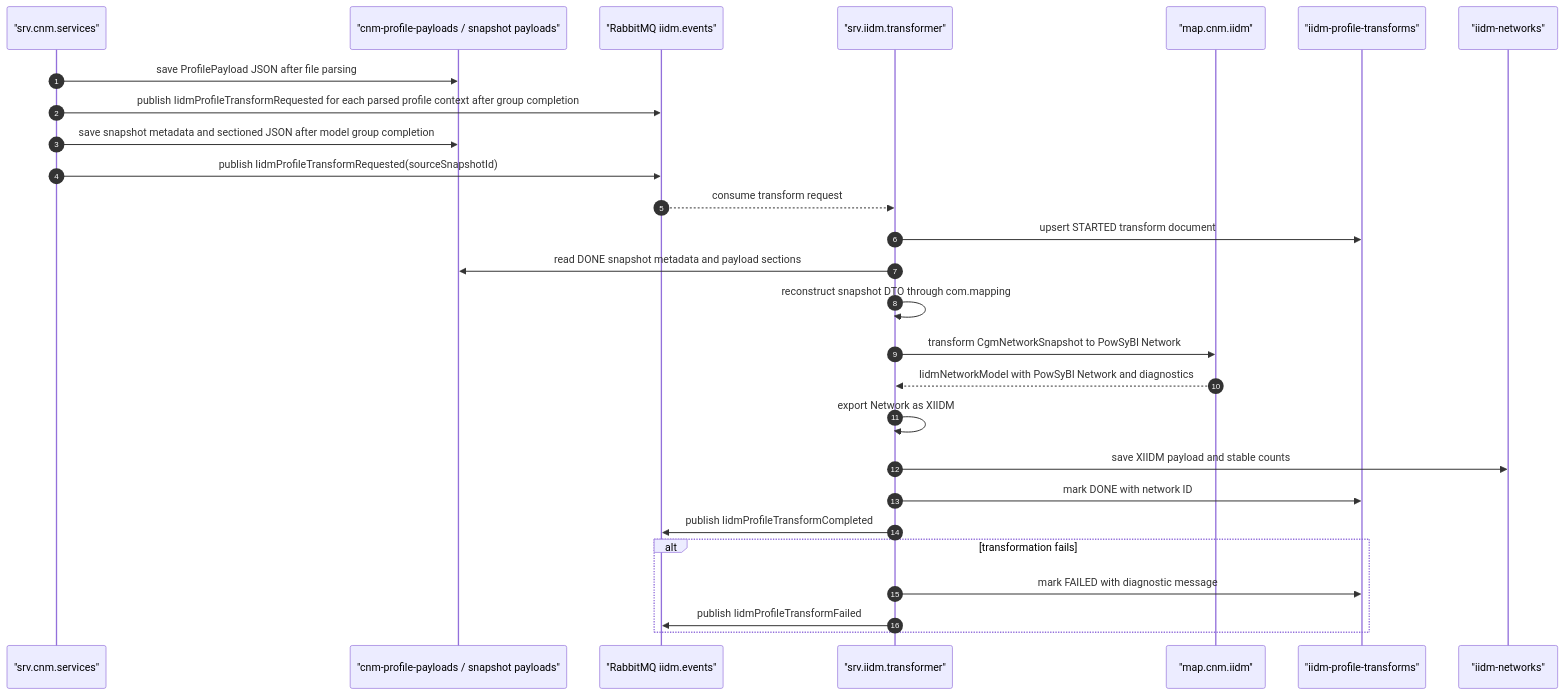
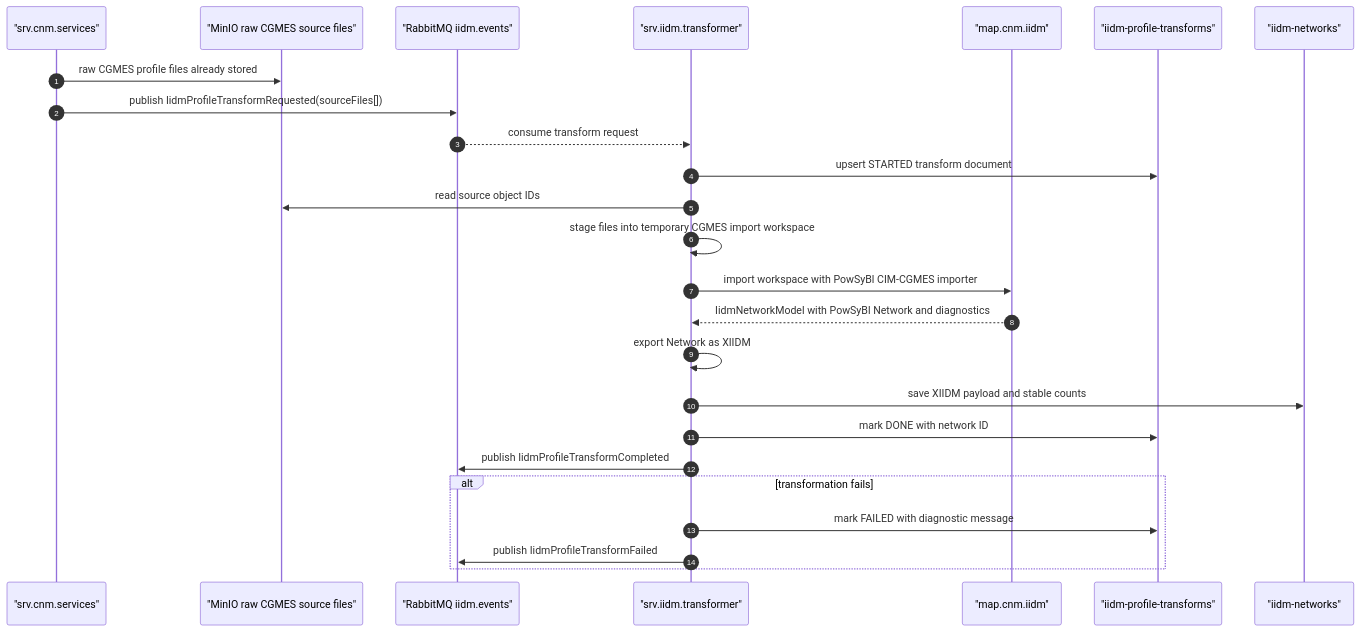
Before and after one commit to gsrinike/egm-suite: the diagram in doc.arch/IIDM_TRANSFORMATION_DESIGN.md, drawn with Mermaid. The commit also changed other lines of this file and 19 other files, not shown here.

````diff
--- a/doc.arch/IIDM_TRANSFORMATION_DESIGN.md
+++ b/doc.arch/IIDM_TRANSFORMATION_DESIGN.md
@@ -93,31 +98,29 @@
 ```mermaid
 sequenceDiagram
     autonumber
     participant CNM as "srv.cnm.services"
-    participant CnmPayloads as "cnm-profile-payloads / snapshot payloads"
+    participant ObjectStore as "MinIO raw CGMES source files"
     participant Events as "RabbitMQ iidm.events"
     participant IIDM as "srv.iidm.transformer"
     participant Mapping as "map.cnm.iidm"
     participant TransformIndex as "iidm-profile-transforms"
     participant NetworkIndex as "iidm-networks"
 
-    CNM->>CnmPayloads: save ProfilePayload JSON after file parsing
-    CNM->>Events: publish IidmProfileTransformRequested for each parsed profile context after group completion
-    CNM->>CnmPayloads: save snapshot metadata and sectioned JSON after model group completion
-    CNM->>Events: publish IidmProfileTransformRequested(sourceSnapshotId)
+    CNM->>ObjectStore: raw CGMES profile files already stored
+    CNM->>Events: publish IidmProfileTransformRequested(sourceFiles[])
     Events-->>IIDM: consume transform request
     IIDM->>TransformIndex: upsert STARTED transform document
-    IIDM->>CnmPayloads: read DONE snapshot metadata and payload sections
-    IIDM->>IIDM: reconstruct snapshot DTO through com.mapping
-    IIDM->>Mapping: transform CgmNetworkSnapshot to PowSyBl Network
+    IIDM->>ObjectStore: read source object IDs
+    IIDM->>IIDM: stage files into temporary CGMES import workspace
+    IIDM->>Mapping: import workspace with PowSyBl CIM-CGMES importer
     Mapping-->>IIDM: IidmNetworkModel with PowSyBl Network and diagnostics
     IIDM->>IIDM: export Network as XIIDM
     IIDM->>NetworkIndex: save XIIDM payload and stable counts
     IIDM->>TransformIndex: mark DONE with network ID
     IIDM->>Events: publish IidmProfileTransformCompleted
 
     alt transformation fails
         IIDM->>TransformIndex: mark FAILED with diagnostic message
         IIDM->>Events: publish IidmProfileTransformFailed
     end
 ```
````
